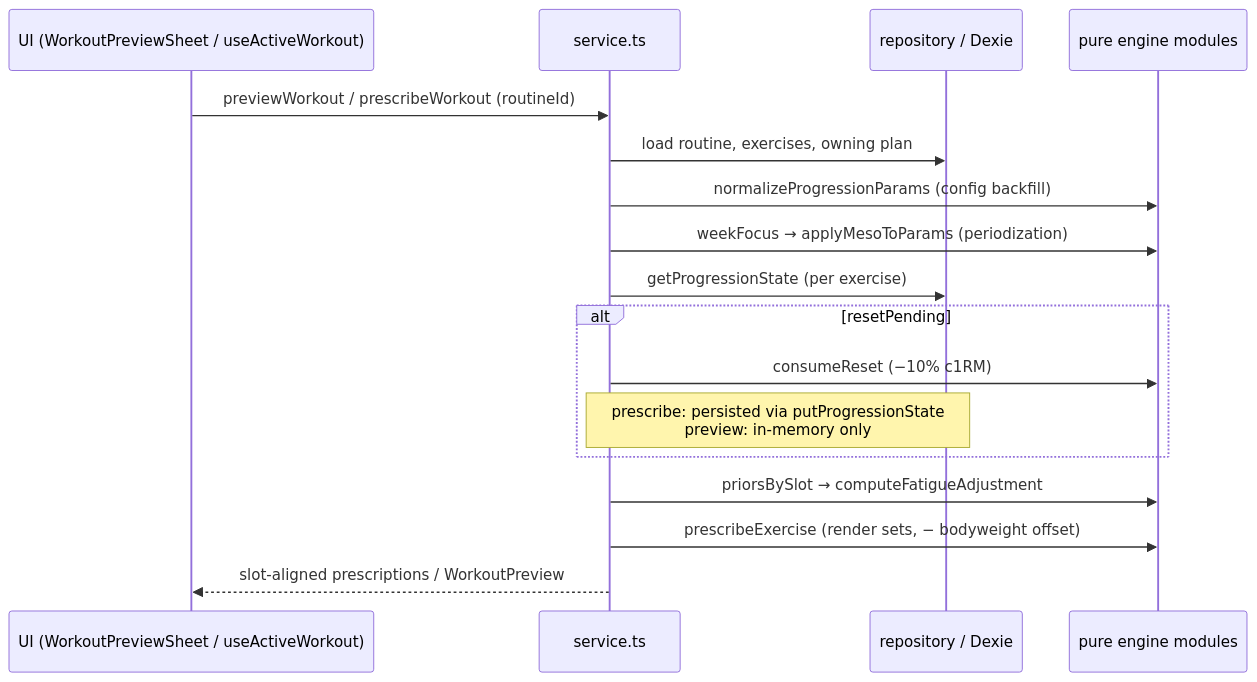
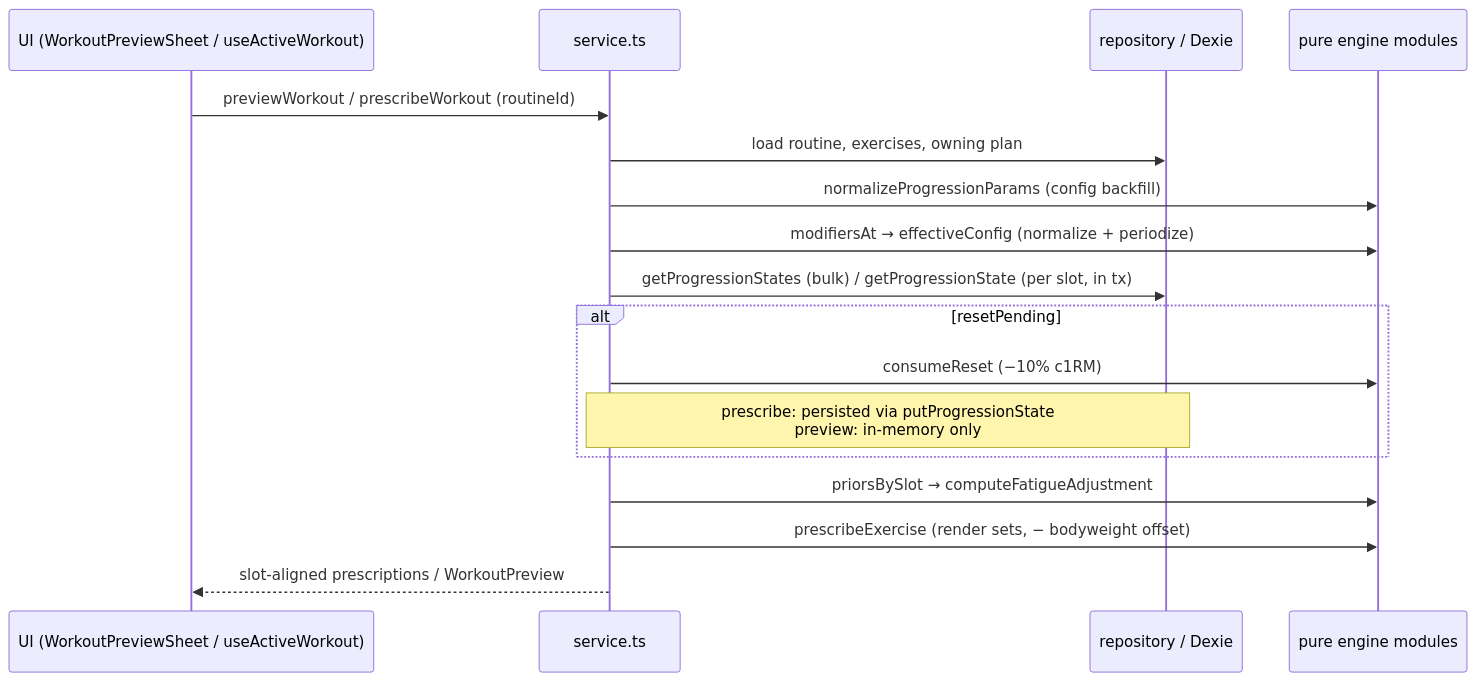
The first of 2 diagrams in docs/execution/prescription-pipeline.md (jthies73/yafa-pwa), drawn with Mermaid before and after one commit. The commit also changed other lines of this file and 29 other files, not shown here.

````diff
--- a/docs/execution/prescription-pipeline.md
+++ b/docs/execution/prescription-pipeline.md
@@ -30,20 +30,20 @@
 ```mermaid
 sequenceDiagram
     participant UI as UI (WorkoutPreviewSheet / useActiveWorkout)
     participant SVC as service.ts
     participant REPO as repository / Dexie
     participant PURE as pure engine modules
 
     UI->>SVC: previewWorkout / prescribeWorkout (routineId)
     SVC->>REPO: load routine, exercises, owning plan
     SVC->>PURE: normalizeProgressionParams (config backfill)
-    SVC->>PURE: weekFocus → applyMesoToParams (periodization)
-    SVC->>REPO: getProgressionState (per exercise)
+    SVC->>PURE: modifiersAt → effectiveConfig (normalize + periodize)
+    SVC->>REPO: getProgressionStates (bulk) / getProgressionState (per slot, in tx)
     alt resetPending
         SVC->>PURE: consumeReset (−10% c1RM)
         Note over SVC,REPO: prescribe: persisted via putProgressionState<br/>preview: in-memory only
     end
     SVC->>PURE: priorsBySlot → computeFatigueAdjustment
     SVC->>PURE: prescribeExercise (render sets, − bodyweight offset)
     SVC-->>UI: slot-aligned prescriptions / WorkoutPreview
 ```
````
